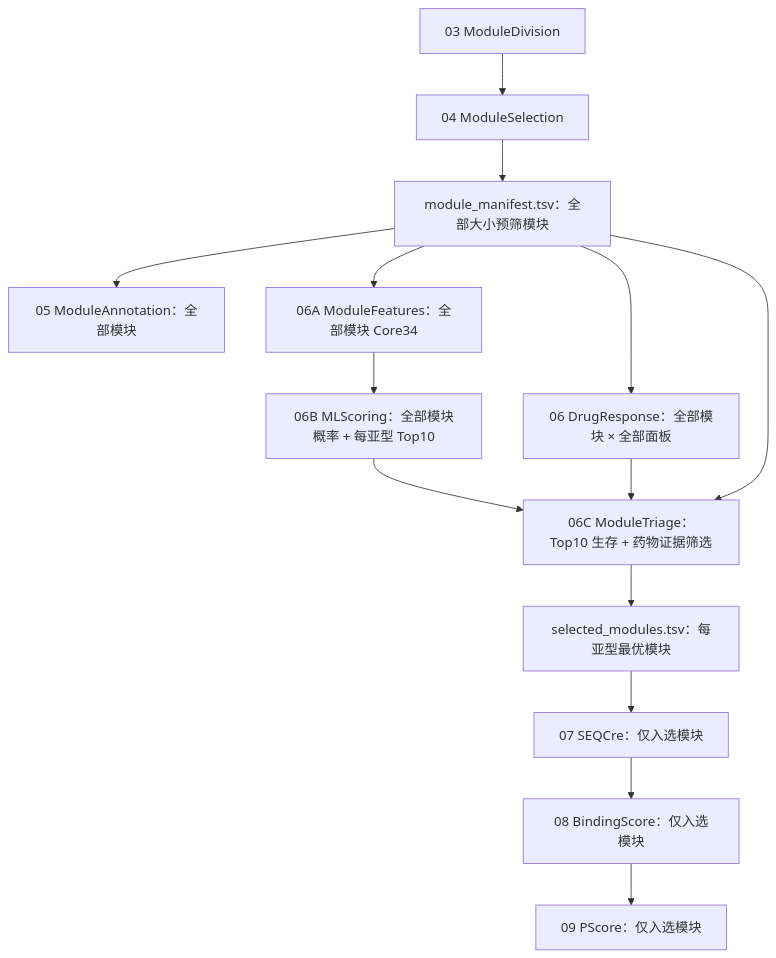
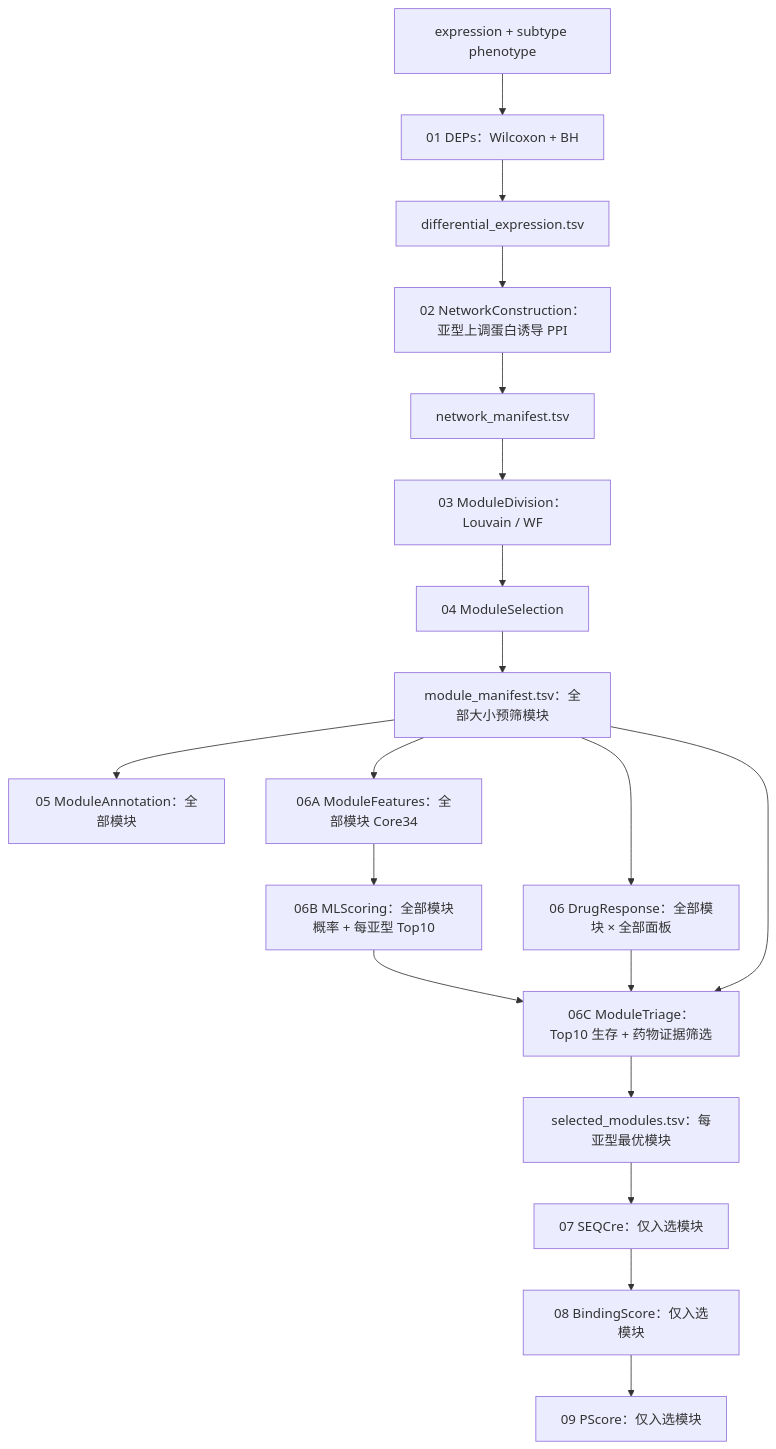
Before and after one commit to LilyYNY/ML-SnpDR: the diagram in README.md, drawn with Mermaid. The commit also changed other lines of this file and 25 other files, not shown here.

````diff
--- a/README.md
+++ b/README.md
@@ -11,16 +11,21 @@
 ```mermaid
 flowchart TD
-    S3["03 ModuleDivision"] --> S4["04 ModuleSelection"]
+    E["expression + subtype phenotype"] --> S1["01 DEPs：Wilcoxon + BH"]
+    S1 --> D["differential_expression.tsv"]
+    D --> S2["02 NetworkConstruction：亚型上调蛋白诱导 PPI"]
+    S2 --> N["network_manifest.tsv"]
+    N --> S3["03 ModuleDivision：Louvain / WF"]
+    S3 --> S4["04 ModuleSelection"]
     S4 --> M["module_manifest.tsv：全部大小预筛模块"]
     M --> S5["05 ModuleAnnotation：全部模块"]
     M --> S6["06 DrugResponse：全部模块 × 全部面板"]
     M --> S6A["06A ModuleFeatures：全部模块 Core34"]
     S6A --> S6B["06B MLScoring：全部模块概率 + 每亚型 Top10"]
     S6B --> S6C["06C ModuleTriage：Top10 生存 + 药物证据筛选"]
     S6 --> S6C
     M --> S6C
     S6C --> SEL["selected_modules.tsv：每亚型最优模块"]
     SEL --> S7["07 SEQCre：仅入选模块"]
     S7 --> S8["08 BindingScore：仅入选模块"]
     S8 --> S9["09 PScore：仅入选模块"]
 ```
````
